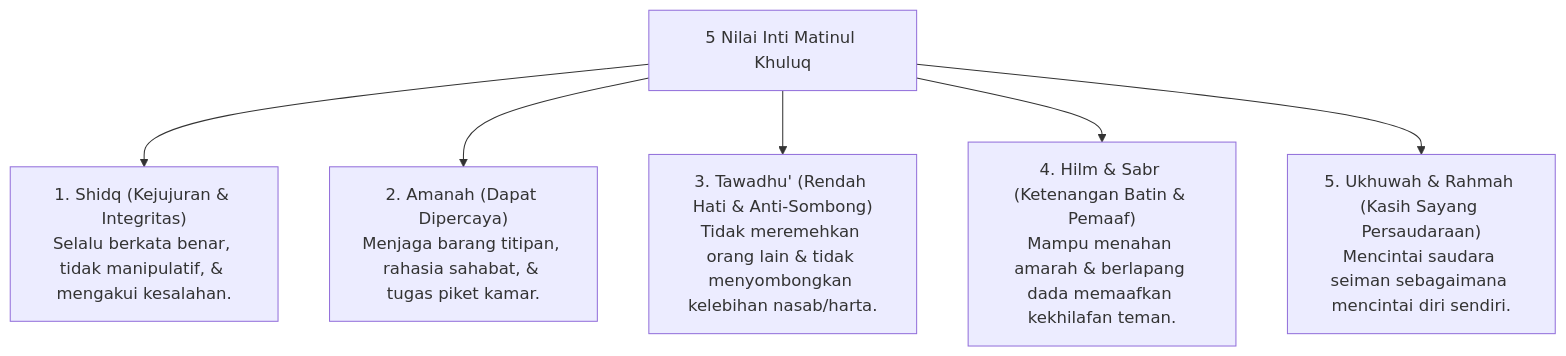
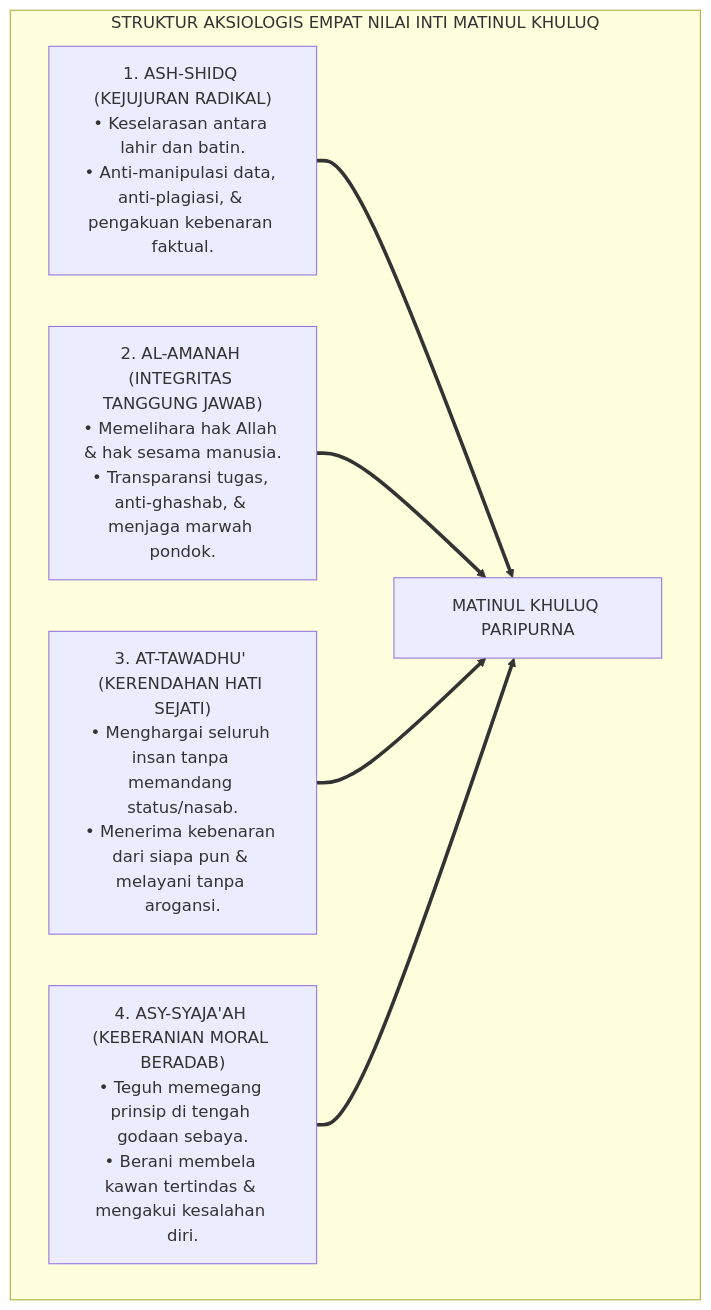
The sixth of 7 diagrams in 03 Capacity Framework/06 Matinul Khuluq/P3-06-04-Nilai-Inti-dan-Prinsip-Akhlak.md (wandiapriliyandi/tumbuh), drawn with Mermaid before and after one commit. The commit also changed other lines of this file and 14 other files, not shown here.

Commit message:
docs(03-capacity): complete 15 research monographs for 06 Matinul Khuluq

````diff
--- a/03 Capacity Framework/06 Matinul Khuluq/P3-06-04-Nilai-Inti-dan-Prinsip-Akhlak.md
+++ b/03 Capacity Framework/06 Matinul Khuluq/P3-06-04-Nilai-Inti-dan-Prinsip-Akhlak.md
@@ -10,10 +205,14 @@
 ```mermaid
-graph TD
-    Values["5 Nilai Inti Matinul Khuluq"]
-    
-    Values --> V1["1. Shidq (Kejujuran & Integritas)<br/>Selalu berkata benar, tidak manipulatif, & mengakui kesalahan."]
-    Values --> V2["2. Amanah (Dapat Dipercaya)<br/>Menjaga barang titipan, rahasia sahabat, & tugas piket kamar."]
-    Values --> V3["3. Tawadhu' (Rendah Hati & Anti-Sombong)<br/>Tidak meremehkan orang lain & tidak menyombongkan kelebihan nasab/harta."]
-    Values --> V4["4. Hilm & Sabr (Ketenangan Batin & Pemaaf)<br/>Mampu menahan amarah & berlapang dada memaafkan kekhilafan teman."]
-    Values --> V5["5. Ukhuwah & Rahmah (Kasih Sayang Persaudaraan)<br/>Mencintai saudara seiman sebagaimana mencintai diri sendiri."]
+flowchart TD
+    subgraph FormulasiEmpatNilaiInti["STRUKTUR AKSIOLOGIS EMPAT NILAI INTI MATINUL KHULUQ"]
+        Shidq["1. ASH-SHIDQ (KEJUJURAN RADIKAL)<br/>• Keselarasan antara lahir dan batin.<br/>• Anti-manipulasi data, anti-plagiasi, & pengakuan kebenaran faktual."]
+        
+        Amanah["2. AL-AMANAH (INTEGRITAS TANGGUNG JAWAB)<br/>• Memelihara hak Allah & hak sesama manusia.<br/>• Transparansi tugas, anti-ghashab, & menjaga marwah pondok."]
+        
+        Tawadhu["3. AT-TAWADHU' (KERENDAHAN HATI SEJATI)<br/>• Menghargai seluruh insan tanpa memandang status/nasab.<br/>• Menerima kebenaran dari siapa pun & melayani tanpa arogansi."]
+        
+        Syajaah["4. ASY-SYAJA'AH (KEBERANIAN MORAL BERADAB)<br/>• Teguh memegang prinsip di tengah godaan sebaya.<br/>• Berani membela kawan tertindas & mengakui kesalahan diri."]
+        
+        Shidq & Amanah & Tawadhu & Syajaah ==> Mahkota["MATINUL KHULUQ PARIPURNA"]
+    end
 ```
````
